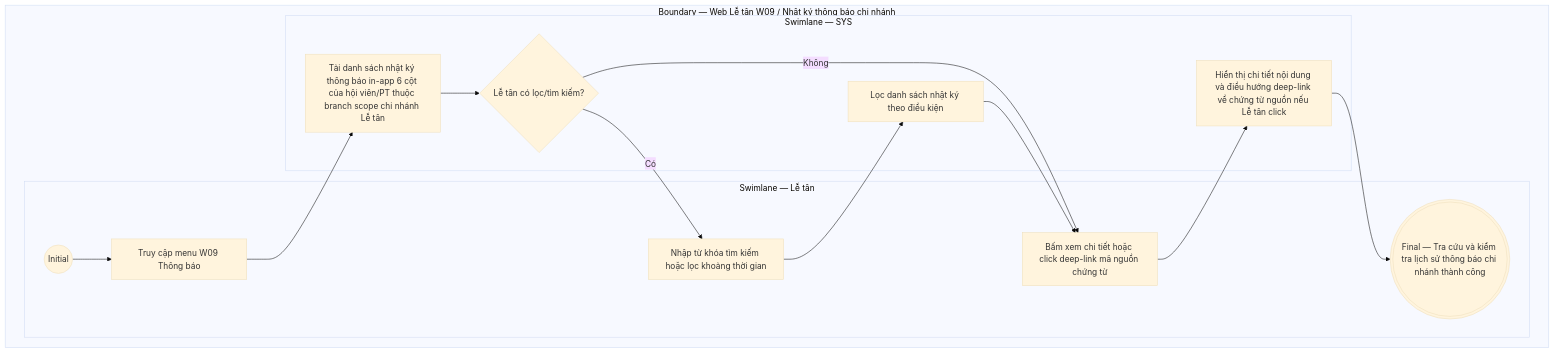
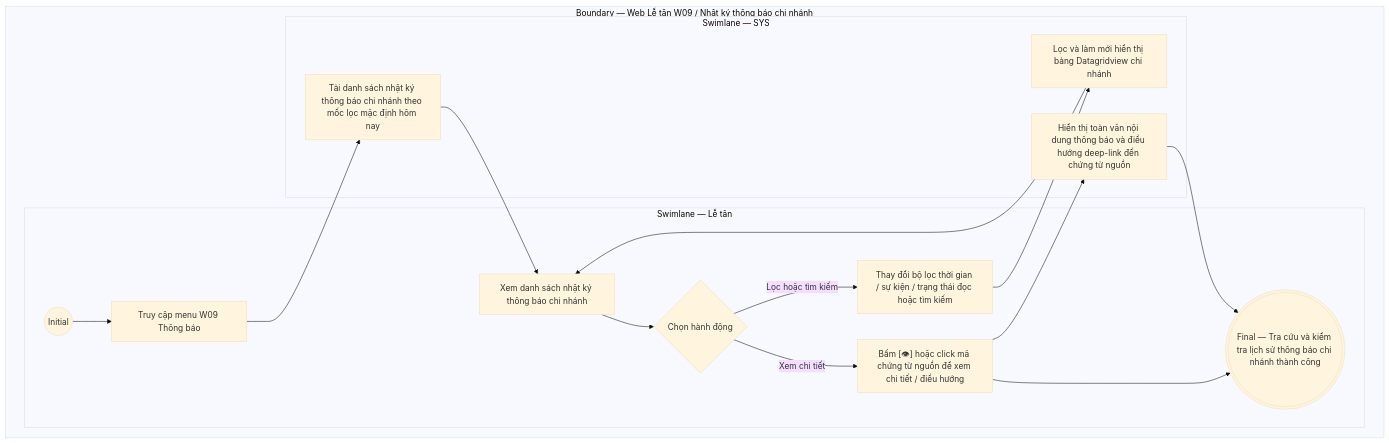
One commit to ThachY-23120411/Paradise-Gym-v2 changed the diagram in docs/user-stories/le-tan/LT-W09-Thông báo/LT-W09-US01-Tra cứu lịch sử gửi thông báo chi nhánh.md. Above: the diagram before and after it, drawn with Mermaid (base theme). The commit also changed other lines of this file and 97 other files, not shown here.

````diff
--- a/docs/user-stories/le-tan/LT-W09-Thông báo/LT-W09-US01-Tra cứu lịch sử gửi thông báo chi nhánh.md
+++ b/docs/user-stories/le-tan/LT-W09-Thông báo/LT-W09-US01-Tra cứu lịch sử gửi thông báo chi nhánh.md
@@ -40,29 +57,29 @@
 ```mermaid
 flowchart TB
   subgraph B["Boundary — Web Lễ tân W09 / Nhật ký thông báo chi nhánh"]
     subgraph L0["Swimlane — Lễ tân"]
       I01(("Initial"))
       A01["Truy cập menu W09 Thông báo"]
-      A02["Nhập từ khóa tìm kiếm hoặc lọc khoảng thời gian"]
-      A03["Bấm xem chi tiết hoặc click deep-link mã nguồn chứng từ"]
+      A02["Xem danh sách nhật ký thông báo chi nhánh"]
+      A03{"Chọn hành động"}
+      A04["Thay đổi bộ lọc thời gian / sự kiện / trạng thái đọc hoặc tìm kiếm"]
+      A05["Bấm [👁] hoặc click mã chứng từ nguồn để xem chi tiết / điều hướng"]
       F01((("Final — Tra cứu và kiểm tra lịch sử thông báo chi nhánh thành công")))
+
+      I01 --> A01
+      A02 --> A03
+      A03 -->|Lọc hoặc tìm kiếm| A04
+      A03 -->|Xem chi tiết| A05 --> F01
     end
 
     subgraph L1["Swimlane — SYS"]
-      S01["Tải danh sách nhật ký thông báo in-app 6 cột của hội viên/PT thuộc branch scope chi nhánh Lễ tân"]
-      D01{"Lễ tân có lọc/tìm kiếm?"}
-      S02["Lọc danh sách nhật ký theo điều kiện"]
-      S03["Hiển thị chi tiết nội dung và điều hướng deep-link về chứng từ nguồn nếu Lễ tân click"]
+      S01["Tải danh sách nhật ký thông báo chi nhánh theo mốc lọc mặc định hôm nay"]
+      S02["Lọc và làm mới hiển thị bảng Datagridview chi nhánh"]
+      S03["Hiển thị toàn văn nội dung thông báo và điều hướng deep-link đến chứng từ nguồn"]
 
-      I01 --> A01
-      A01 --> S01
-      S01 --> D01
-      D01 -- "Có" --> A02
-      A02 --> S02
-      S02 --> A03
-      D01 -- "Không" --> A03
-      A03 --> S03
-      S03 --> F01
+      A01 --> S01 --> A02
+      A04 --> S02 --> A02
+      A05 --> S03 --> F01
     end
   end
 ```
````
